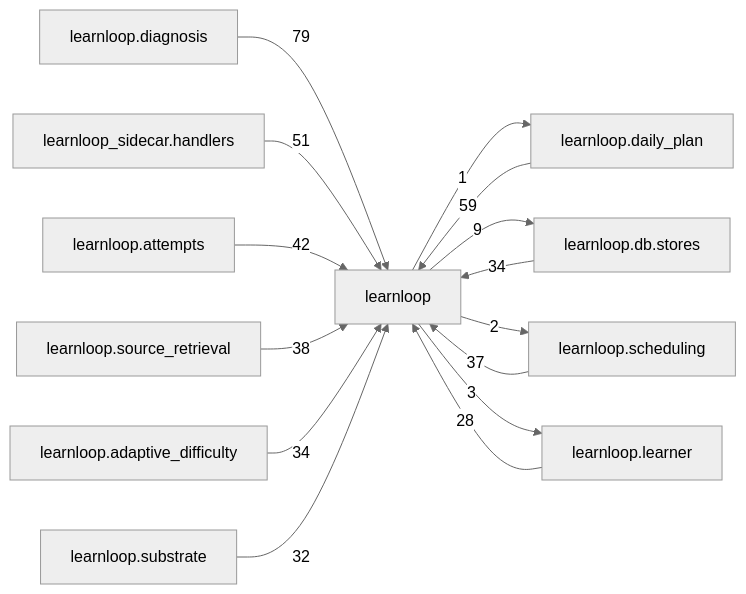
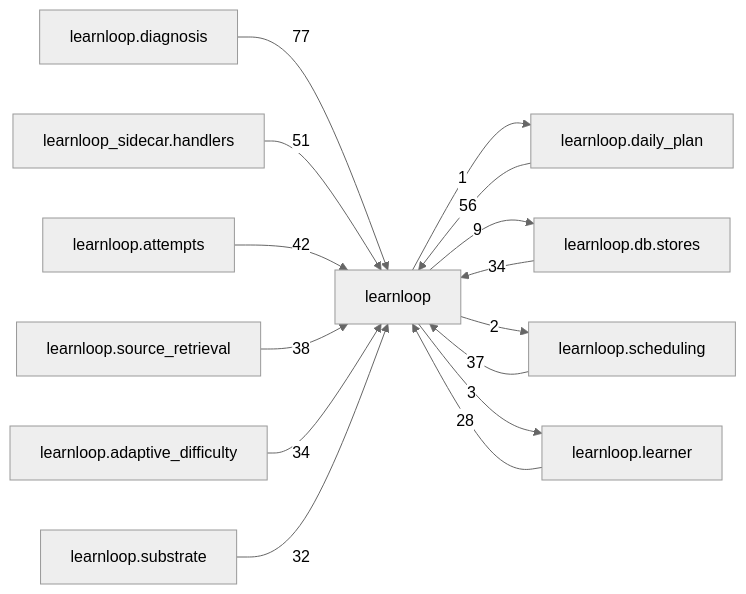
One commit to 6up-b/learnanything changed the diagram in docs/learnloop-architecture-vault/Reference/Modules/learnloop/_package.md. Above: the diagram before and after it, drawn with Mermaid (neutral theme). The commit also changed other lines of this file and 69 other files, not shown here.

````diff
--- a/docs/learnloop-architecture-vault/Reference/Modules/learnloop/_package.md
+++ b/docs/learnloop-architecture-vault/Reference/Modules/learnloop/_package.md
@@ -259,28 +259,28 @@
 ```mermaid
 flowchart LR
     center["learnloop"]
     n_learnloop_diagnosis["learnloop.diagnosis"]
     n_learnloop_daily_plan["learnloop.daily_plan"]
     n_learnloop_sidecar_handlers["learnloop_sidecar.handlers"]
     n_learnloop_db_stores["learnloop.db.stores"]
     n_learnloop_attempts["learnloop.attempts"]
     n_learnloop_scheduling["learnloop.scheduling"]
     n_learnloop_source_retrieval["learnloop.source_retrieval"]
     n_learnloop_adaptive_difficulty["learnloop.adaptive_difficulty"]
     n_learnloop_substrate["learnloop.substrate"]
     n_learnloop_learner["learnloop.learner"]
-    n_learnloop_diagnosis -->|79| center
-    n_learnloop_daily_plan -->|59| center
+    n_learnloop_diagnosis -->|77| center
+    n_learnloop_daily_plan -->|56| center
     center -->|1| n_learnloop_daily_plan
     n_learnloop_sidecar_handlers -->|51| center
     n_learnloop_db_stores -->|34| center
     center -->|9| n_learnloop_db_stores
     n_learnloop_attempts -->|42| center
     n_learnloop_scheduling -->|37| center
     center -->|2| n_learnloop_scheduling
     n_learnloop_source_retrieval -->|38| center
     n_learnloop_adaptive_difficulty -->|34| center
     n_learnloop_substrate -->|32| center
     n_learnloop_learner -->|28| center
     center -->|3| n_learnloop_learner
 ```
````
